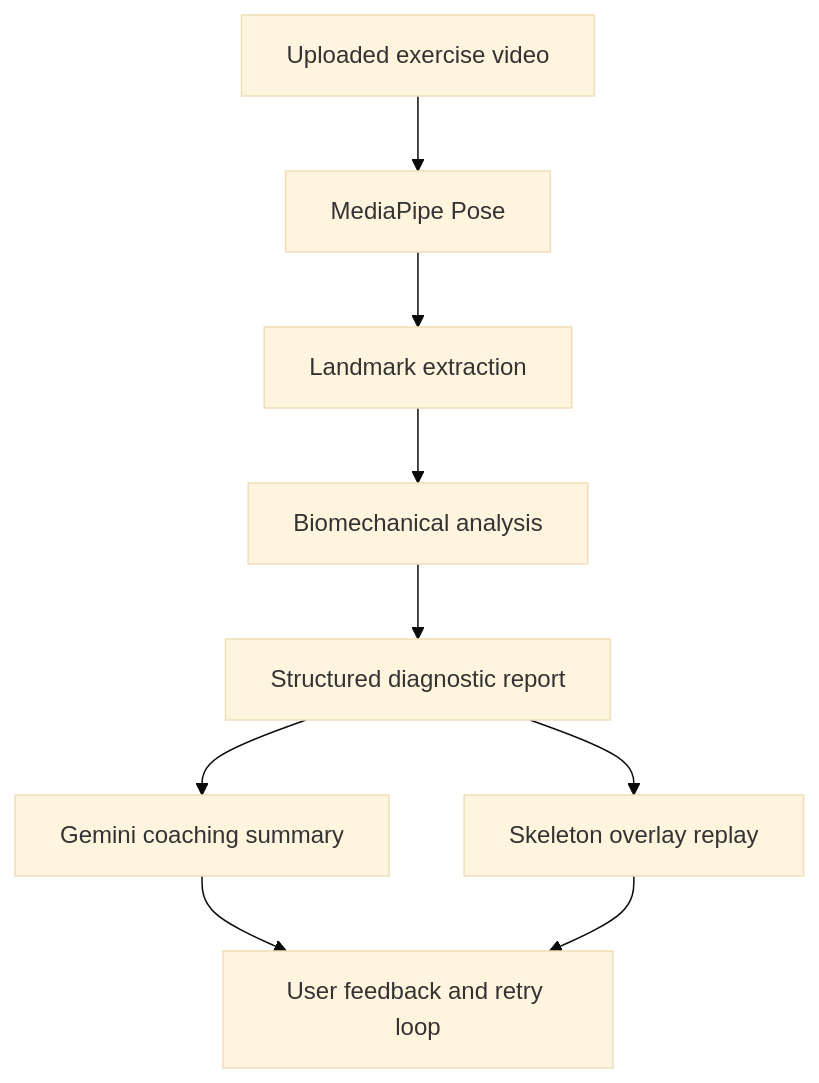
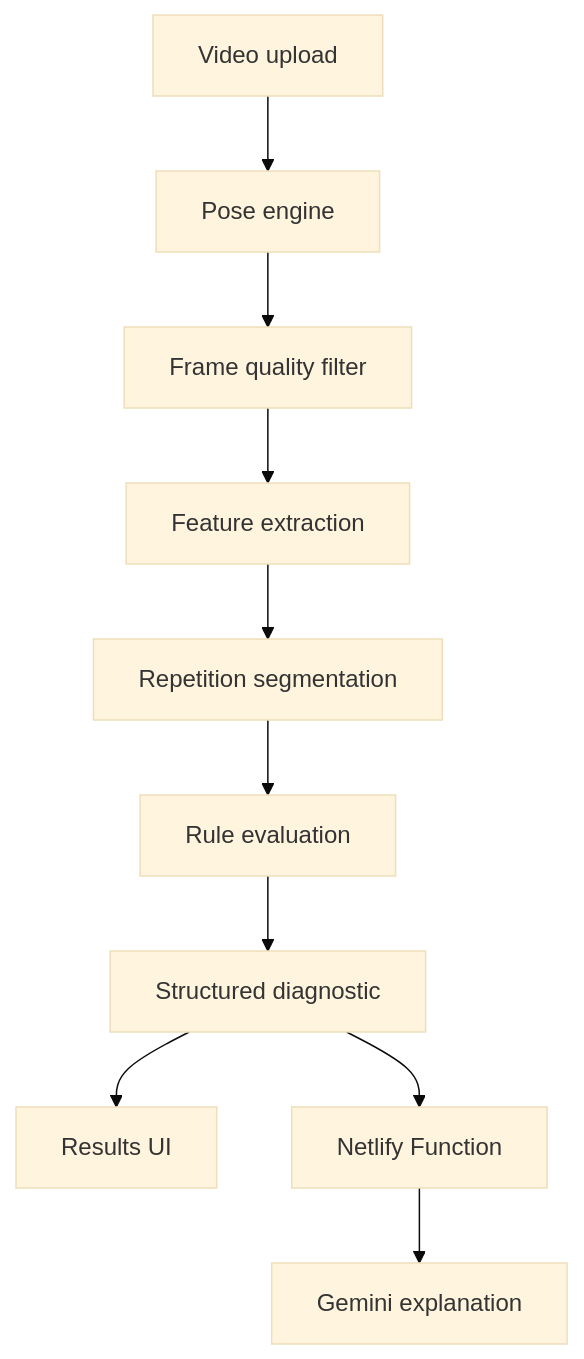
One commit to liormal2000-alt/FormSense_Plus changed the diagram in README.md. Above: the diagram before and after it, drawn with Mermaid (base theme). The commit also changed other lines of this file and 42 other files, not shown here.

Commit message:
refactor: upgrade FormSense+ architecture

````diff
--- a/README.md
+++ b/README.md
@@ -46,11 +37,12 @@
 ```mermaid
 flowchart TD
-    A["Uploaded exercise video"] --> B["MediaPipe Pose"]
-    B --> C["Landmark extraction"]
-    C --> D["Biomechanical analysis"]
-    D --> E["Structured diagnostic report"]
-    E --> F["Gemini coaching summary"]
-    E --> G["Skeleton overlay replay"]
-    F --> H["User feedback and retry loop"]
-    G --> H
+    A["Video upload"] --> B["Pose engine"]
+    B --> C["Frame quality filter"]
+    C --> D["Feature extraction"]
+    D --> E["Repetition segmentation"]
+    E --> F["Rule evaluation"]
+    F --> G["Structured diagnostic"]
+    G --> H["Results UI"]
+    G --> I["Netlify Function"]
+    I --> J["Gemini explanation"]
 ```
````
